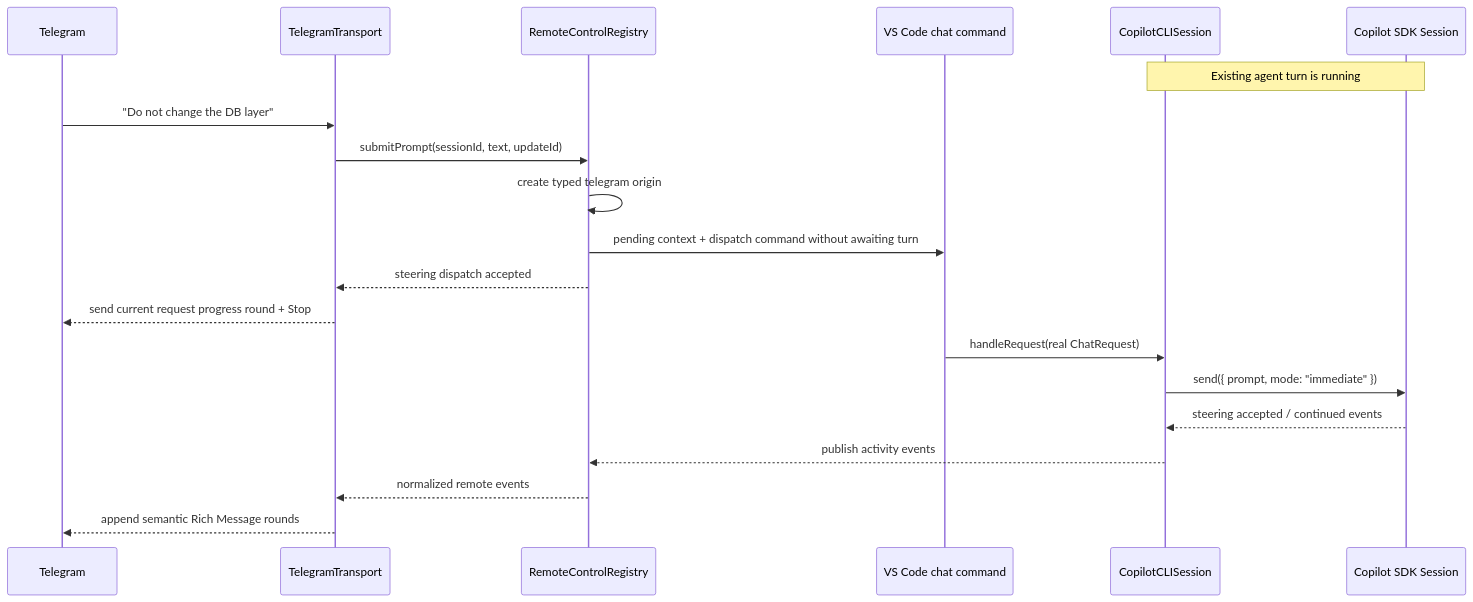
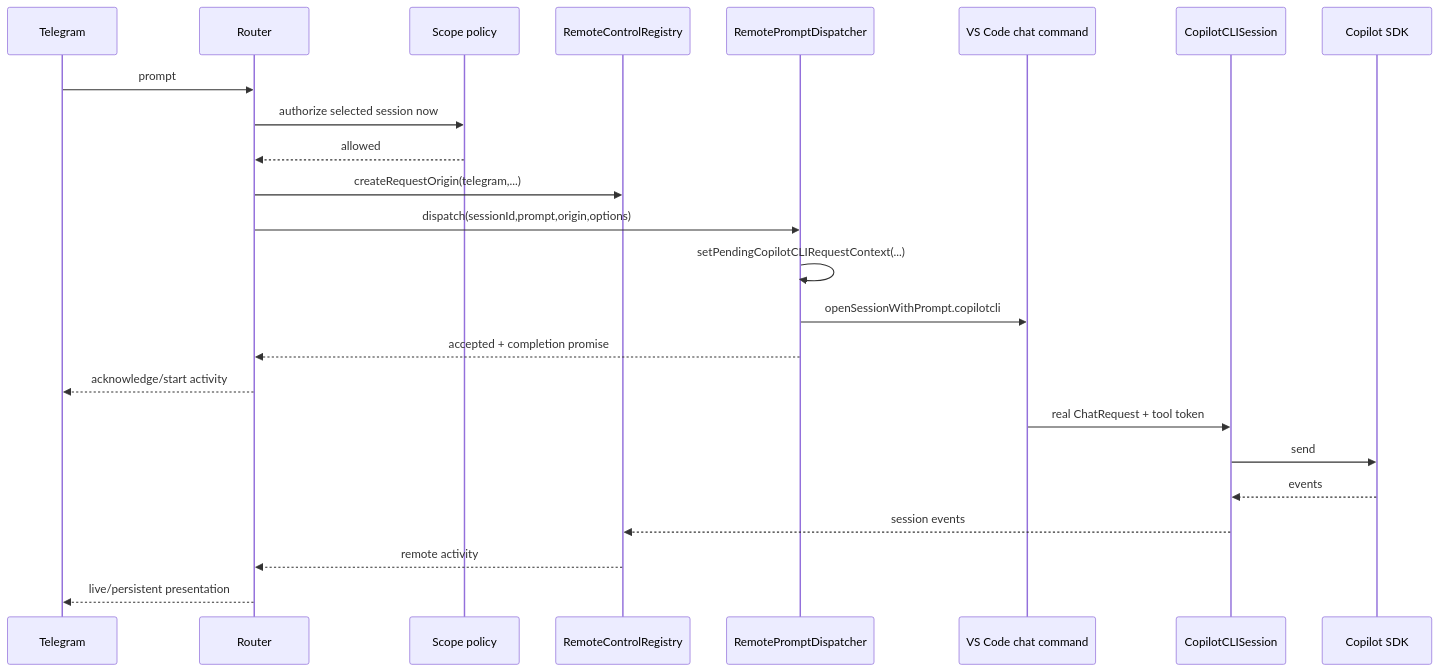
The seventh of 17 diagrams in extensions/copilot/docs/telegram-remote/CALL_FLOWS.md (SachiHarshitha/vscode-telegram), drawn with Mermaid before and after one commit. The commit also changed other lines of this file, not shown here.

Commit message:
docs(telegram-remote): align call flows with current runtime

````diff
--- a/extensions/copilot/docs/telegram-remote/CALL_FLOWS.md
+++ b/extensions/copilot/docs/telegram-remote/CALL_FLOWS.md
@@ -197,23 +153,27 @@
 ```mermaid
 sequenceDiagram
     participant T as Telegram
-    participant R as TelegramTransport
+    participant R as Router
+    participant A as Scope policy
     participant REG as RemoteControlRegistry
+    participant D as RemotePromptDispatcher
     participant VS as VS Code chat command
     participant S as CopilotCLISession
-    participant SDK as Copilot SDK Session
+    participant SDK as Copilot SDK
 
-    Note over S,SDK: Existing agent turn is running
-    T->>R: "Do not change the DB layer"
-    R->>REG: submitPrompt(sessionId, text, updateId)
-    REG->>REG: create typed telegram origin
-    REG->>VS: pending context + dispatch command without awaiting turn
-    REG-->>R: steering dispatch accepted
-    R-->>T: send current request progress round + Stop
-    VS->>S: handleRequest(real ChatRequest)
-    S->>SDK: send({ prompt, mode: "immediate" })
-    SDK-->>S: steering accepted / continued events
-    S-->>REG: publish activity events
-    REG-->>R: normalized remote events
-    R-->>T: append semantic Rich Message rounds
+    T->>R: prompt
+    R->>A: authorize selected session now
+    A-->>R: allowed
+    R->>REG: createRequestOrigin(telegram,...)
+    R->>D: dispatch(sessionId,prompt,origin,options)
+    D->>D: setPendingCopilotCLIRequestContext(...)
+    D->>VS: openSessionWithPrompt.copilotcli
+    D-->>R: accepted + completion promise
+    R-->>T: acknowledge/start activity
+    VS->>S: real ChatRequest + tool token
+    S->>SDK: send
+    SDK-->>S: events
+    S-->>REG: session events
+    REG-->>R: remote activity
+    R-->>T: live/persistent presentation
 ```
````
